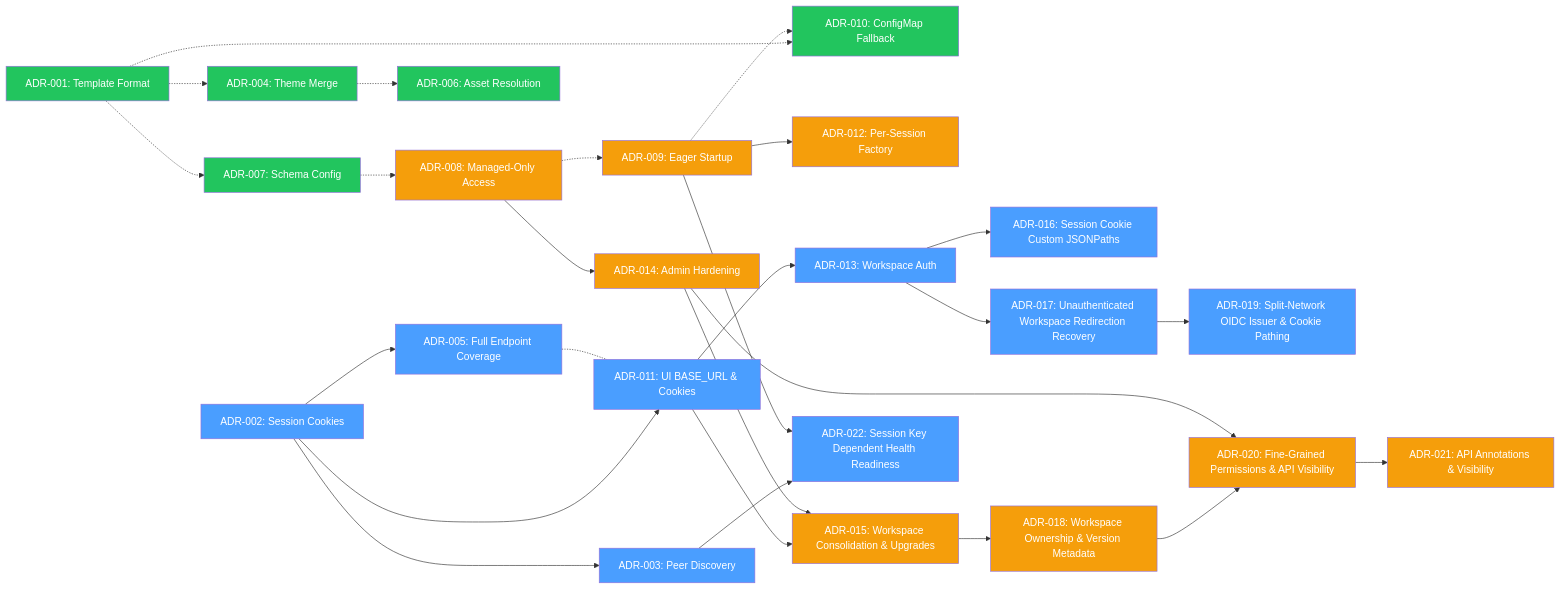
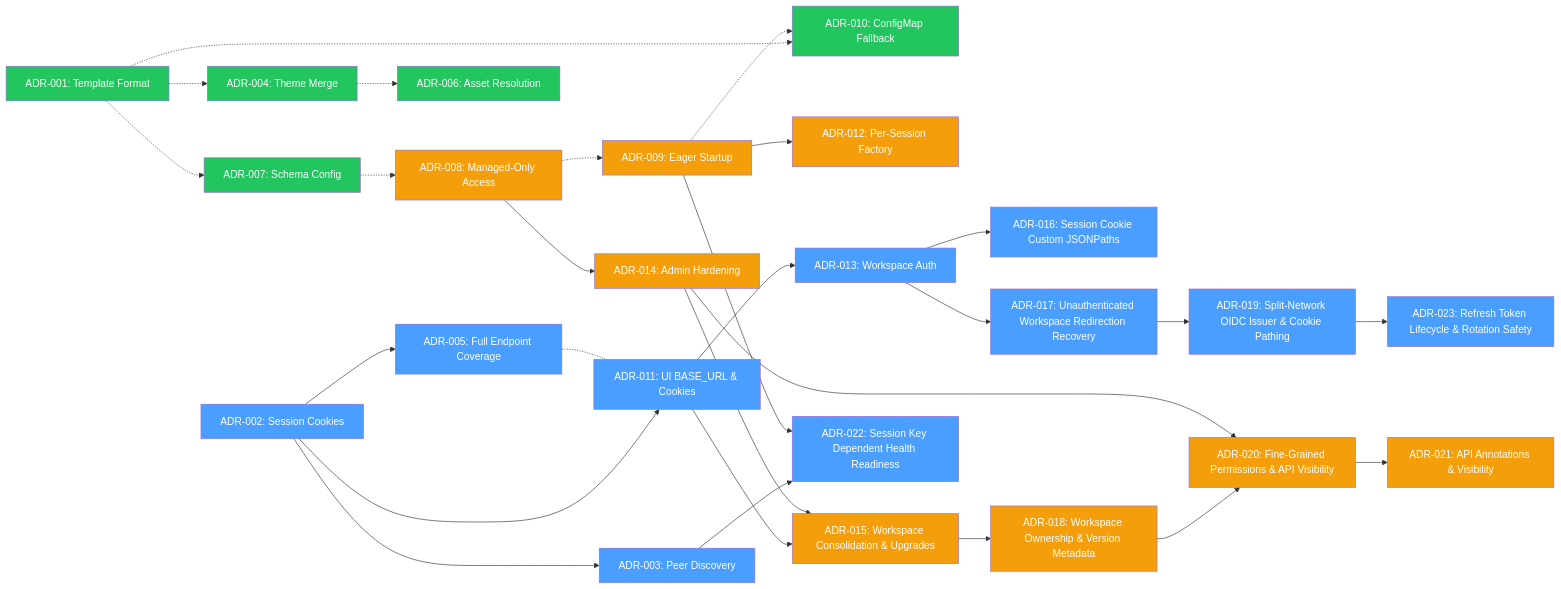
The diagram in docs/decisions/index.md (nogoo9/no-crd), drawn with Mermaid before and after one commit. The commit also changed other lines of this file and 19 other files, not shown here.

````diff
--- a/docs/decisions/index.md
+++ b/docs/decisions/index.md
@@ -47,50 +48,52 @@
 ```mermaid
 graph LR
     ADR002["ADR-002: Session Cookies"] --> ADR003["ADR-003: Peer Discovery"]
     ADR002 --> ADR005["ADR-005: Full Endpoint Coverage"]
     ADR001["ADR-001: Template Format"] -.-> ADR004["ADR-004: Theme Merge"]
     ADR004 -.-> ADR006["ADR-006: Asset Resolution"]
     ADR001 -.-> ADR007["ADR-007: Schema Config"]
     ADR007 -.-> ADR008["ADR-008: Managed-Only Access"]
     ADR008 -.-> ADR009["ADR-009: Eager Startup"]
     ADR001 -.-> ADR010["ADR-010: ConfigMap Fallback"]
     ADR009 -.-> ADR010
     ADR002 --> ADR011["ADR-011: UI BASE_URL & Cookies"]
     ADR005 -.- ADR011
     ADR009 --> ADR012["ADR-012: Per-Session Factory"]
     ADR011 --> ADR013["ADR-013: Workspace Auth"]
     ADR008 --> ADR014["ADR-014: Admin Hardening"]
     ADR011 --> ADR015["ADR-015: Workspace Consolidation & Upgrades"]
     ADR014 --> ADR015
     ADR013 --> ADR016["ADR-016: Session Cookie Custom JSONPaths"]
     ADR013 --> ADR017["ADR-017: Unauthenticated Workspace Redirection Recovery"]
     ADR015 --> ADR018["ADR-018: Workspace Ownership & Version Metadata"]
     ADR017 --> ADR019["ADR-019: Split-Network OIDC Issuer & Cookie Pathing"]
     ADR018 --> ADR020["ADR-020: Fine-Grained Permissions & API Visibility"]
     ADR014 --> ADR020
     ADR020 --> ADR021["ADR-021: API Annotations & Visibility"]
     ADR003 --> ADR022["ADR-022: Session Key Dependent Health Readiness"]
     ADR009 --> ADR022
+    ADR019 --> ADR023["ADR-023: Refresh Token Lifecycle & Rotation Safety"]
     style ADR002 fill:#4a9eff,color:#fff
     style ADR003 fill:#4a9eff,color:#fff
     style ADR005 fill:#4a9eff,color:#fff
     style ADR001 fill:#22c55e,color:#fff
     style ADR004 fill:#22c55e,color:#fff
     style ADR006 fill:#22c55e,color:#fff
     style ADR007 fill:#22c55e,color:#fff
     style ADR008 fill:#f59e0b,color:#fff
     style ADR009 fill:#f59e0b,color:#fff
     style ADR010 fill:#22c55e,color:#fff
     style ADR011 fill:#4a9eff,color:#fff
     style ADR012 fill:#f59e0b,color:#fff
     style ADR013 fill:#4a9eff,color:#fff
     style ADR014 fill:#f59e0b,color:#fff
     style ADR015 fill:#f59e0b,color:#fff
     style ADR016 fill:#4a9eff,color:#fff
     style ADR017 fill:#4a9eff,color:#fff
     style ADR018 fill:#f59e0b,color:#fff
     style ADR019 fill:#4a9eff,color:#fff
     style ADR020 fill:#f59e0b,color:#fff
     style ADR021 fill:#f59e0b,color:#fff
     style ADR022 fill:#4a9eff,color:#fff
+    style ADR023 fill:#4a9eff,color:#fff
 ```
````
